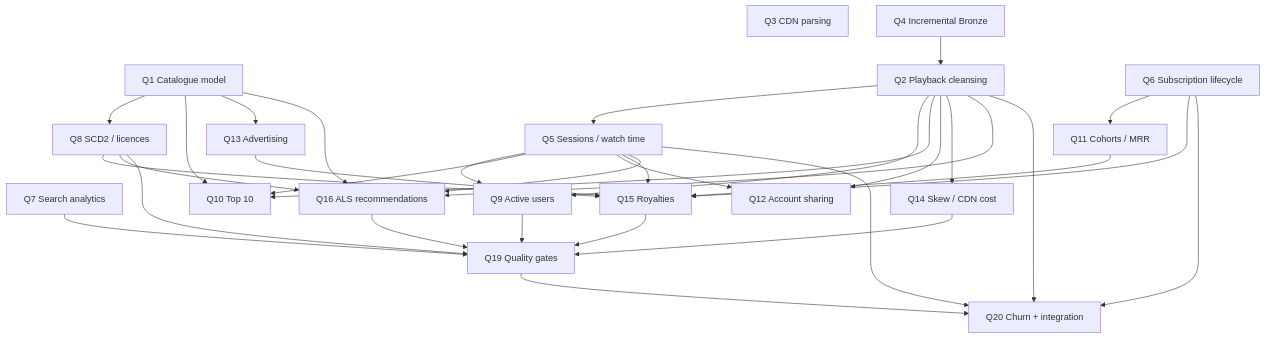
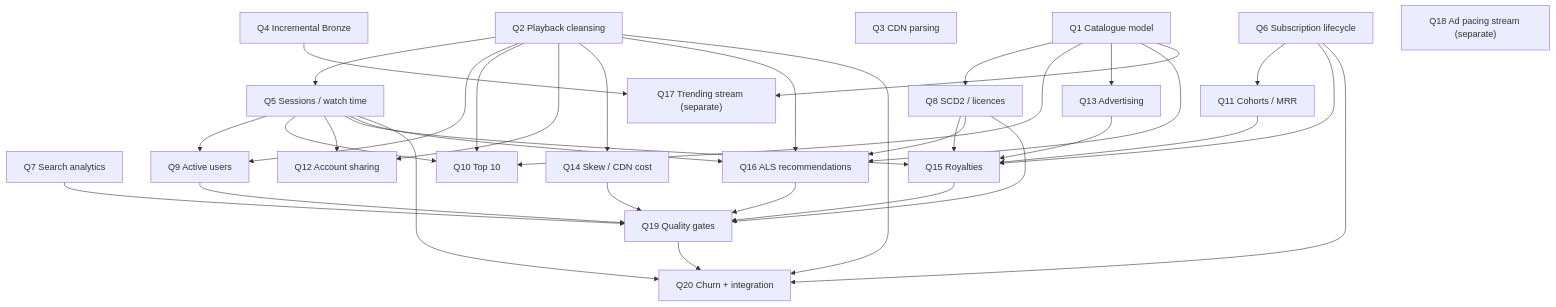
Before and after one commit to Er-Ishan-Srivastav/StreamBharat: the third of 6 diagrams in docs/architecture.md, drawn with Mermaid. The commit also changed other lines of this file, not shown here.

Commit message:
Correct batch/streaming dependency diagram and render Mermaid fences

````diff
--- a/docs/architecture.md
+++ b/docs/architecture.md
@@ -127,53 +127,56 @@
-~~~mermaid
+```mermaid
 flowchart TD
     Q1["Q1 Catalogue model"]
     Q2["Q2 Playback cleansing"]
     Q3["Q3 CDN parsing"]
     Q4["Q4 Incremental Bronze"]
     Q5["Q5 Sessions / watch time"]
     Q6["Q6 Subscription lifecycle"]
     Q7["Q7 Search analytics"]
     Q8["Q8 SCD2 / licences"]
     Q9["Q9 Active users"]
     Q10["Q10 Top 10"]
     Q11["Q11 Cohorts / MRR"]
     Q12["Q12 Account sharing"]
     Q13["Q13 Advertising"]
     Q14["Q14 Skew / CDN cost"]
     Q15["Q15 Royalties"]
     Q16["Q16 ALS recommendations"]
+    Q17["Q17 Trending stream (separate)"]
+    Q18["Q18 Ad pacing stream (separate)"]
     Q19["Q19 Quality gates"]
     Q20["Q20 Churn + integration"]
     Q1 --> Q8
     Q1 --> Q10
     Q1 --> Q13
     Q1 --> Q16
     Q2 --> Q5
     Q2 --> Q9
     Q2 --> Q10
     Q2 --> Q12
     Q2 --> Q14
     Q2 --> Q16
     Q2 --> Q20
-    Q4 --> Q2
+    Q1 --> Q17
+    Q4 --> Q17
     Q5 --> Q9
     Q5 --> Q10
     Q5 --> Q12
     Q5 --> Q15
     Q5 --> Q16
     Q5 --> Q20
     Q6 --> Q11
     Q6 --> Q15
     Q6 --> Q20
     Q7 --> Q19
     Q8 --> Q15
     Q8 --> Q16
     Q8 --> Q19
     Q11 --> Q15
     Q13 --> Q15
     Q14 --> Q19
     Q15 --> Q19
     Q16 --> Q19
     Q9 --> Q19
     Q19 --> Q20
-~~~
+```
````
